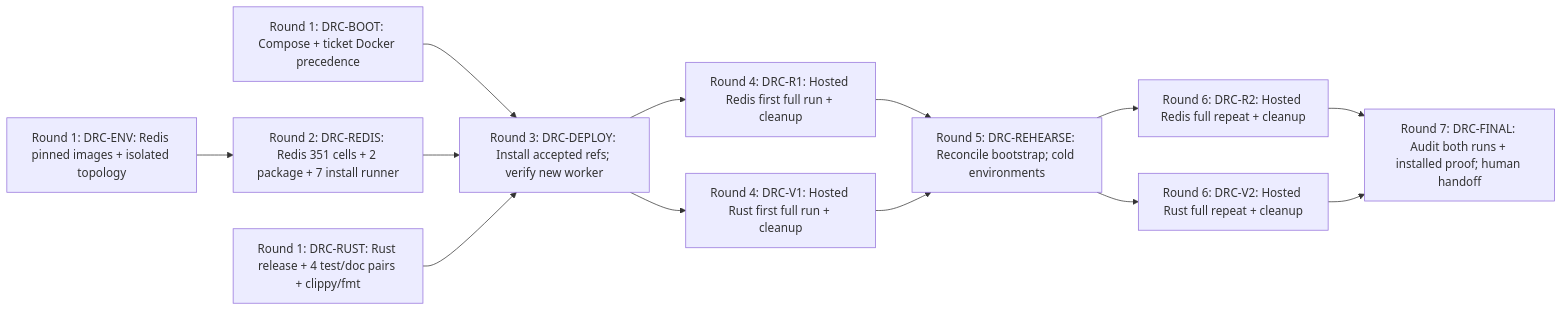
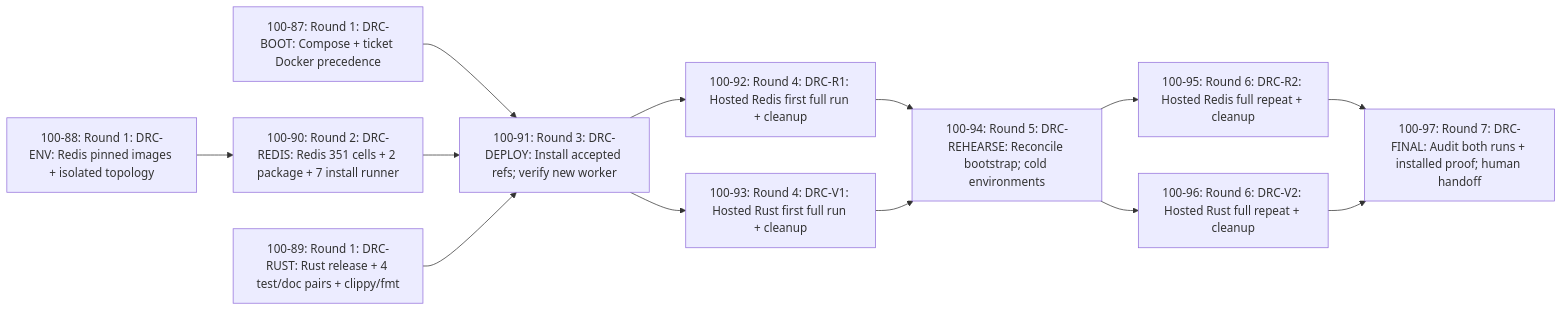
One commit to 1000lines/symphony-example changed the diagram in docs/symphony-plans/docker-rust-ci/fan-out-plan.mmd. Above: the diagram before and after it, drawn with Mermaid. The commit also changed 1 other file, not shown here.

Commit message:
[100-72]: annotate accepted Docker and Rust CI fan-out

```diff
--- a/docs/symphony-plans/docker-rust-ci/fan-out-plan.mmd
+++ b/docs/symphony-plans/docker-rust-ci/fan-out-plan.mmd
@@ -1,25 +1,25 @@
 %% symphony-dag/v1
 flowchart LR
-  BOOT["Round 1: DRC-BOOT: Compose + ticket Docker precedence"]
-  ENV["Round 1: DRC-ENV: Redis pinned images + isolated topology"]
-  RUST["Round 1: DRC-RUST: Rust release + 4 test/doc pairs + clippy/fmt"]
-  REDIS["Round 2: DRC-REDIS: Redis 351 cells + 2 package + 7 install runner"]
-  DEPLOY["Round 3: DRC-DEPLOY: Install accepted refs; verify new worker"]
-  R1["Round 4: DRC-R1: Hosted Redis first full run + cleanup"]
-  V1["Round 4: DRC-V1: Hosted Rust first full run + cleanup"]
-  REHEARSE["Round 5: DRC-REHEARSE: Reconcile bootstrap; cold environments"]
-  R2["Round 6: DRC-R2: Hosted Redis full repeat + cleanup"]
-  V2["Round 6: DRC-V2: Hosted Rust full repeat + cleanup"]
-  FINAL["Round 7: DRC-FINAL: Audit both runs + installed proof; human handoff"]
+  BOOT["100-87: Round 1: DRC-BOOT: Compose + ticket Docker precedence"]
+  ENV["100-88: Round 1: DRC-ENV: Redis pinned images + isolated topology"]
+  RUST["100-89: Round 1: DRC-RUST: Rust release + 4 test/doc pairs + clippy/fmt"]
+  REDIS["100-90: Round 2: DRC-REDIS: Redis 351 cells + 2 package + 7 install runner"]
+  DEPLOY["100-91: Round 3: DRC-DEPLOY: Install accepted refs; verify new worker"]
+  R1["100-92: Round 4: DRC-R1: Hosted Redis first full run + cleanup"]
+  V1["100-93: Round 4: DRC-V1: Hosted Rust first full run + cleanup"]
+  REHEARSE["100-94: Round 5: DRC-REHEARSE: Reconcile bootstrap; cold environments"]
+  R2["100-95: Round 6: DRC-R2: Hosted Redis full repeat + cleanup"]
+  V2["100-96: Round 6: DRC-V2: Hosted Rust full repeat + cleanup"]
+  FINAL["100-97: Round 7: DRC-FINAL: Audit both runs + installed proof; human handoff"]
   ENV --> REDIS
   BOOT --> DEPLOY
   REDIS --> DEPLOY
   RUST --> DEPLOY
   DEPLOY --> R1
   DEPLOY --> V1
   R1 --> REHEARSE
   V1 --> REHEARSE
   REHEARSE --> R2
   REHEARSE --> V2
   R2 --> FINAL
   V2 --> FINAL
```
